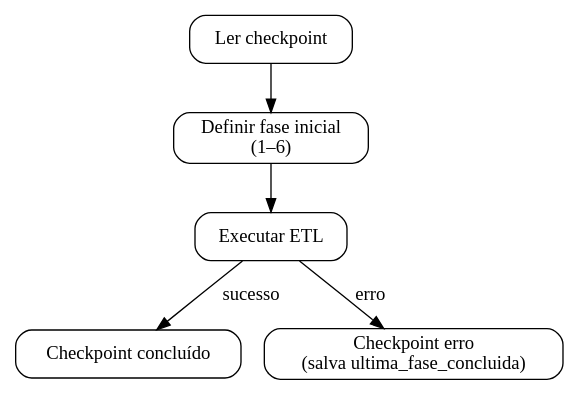
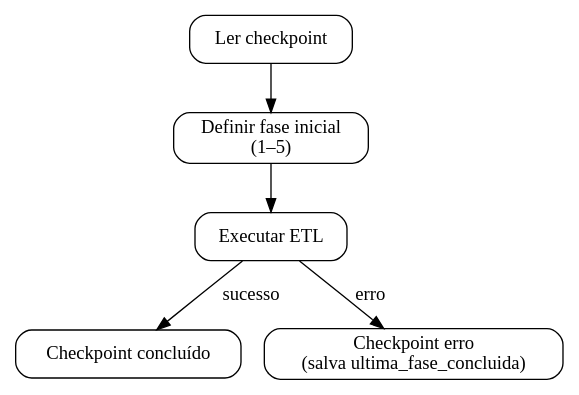
The diagram in docs/dominios/pedagogico/retomada.md (prefeiturasp/SME-IntegracaoEOL-MS-ETL), drawn with Graphviz before and after one commit. The commit also changed other lines of this file and 12 other files, not shown here.

````diff
--- a/docs/dominios/pedagogico/retomada.md
+++ b/docs/dominios/pedagogico/retomada.md
@@ -28,16 +28,16 @@
 ```{graphviz}
 digraph G {
     rankdir=TB;
     node [shape=box, style="rounded"];
 
     CP [label="Ler checkpoint"];
-    DEC [label="Definir fase inicial\n(1–6)"];
+    DEC [label="Definir fase inicial\n(1–5)"];
     RUN [label="Executar ETL"];
     OK [label="Checkpoint concluído"];
     ER [label="Checkpoint erro\n(salva ultima_fase_concluida)"];
 
     CP -> DEC -> RUN;
     RUN -> OK [label="sucesso"];
     RUN -> ER [label="erro"];
 }
 ```
````
